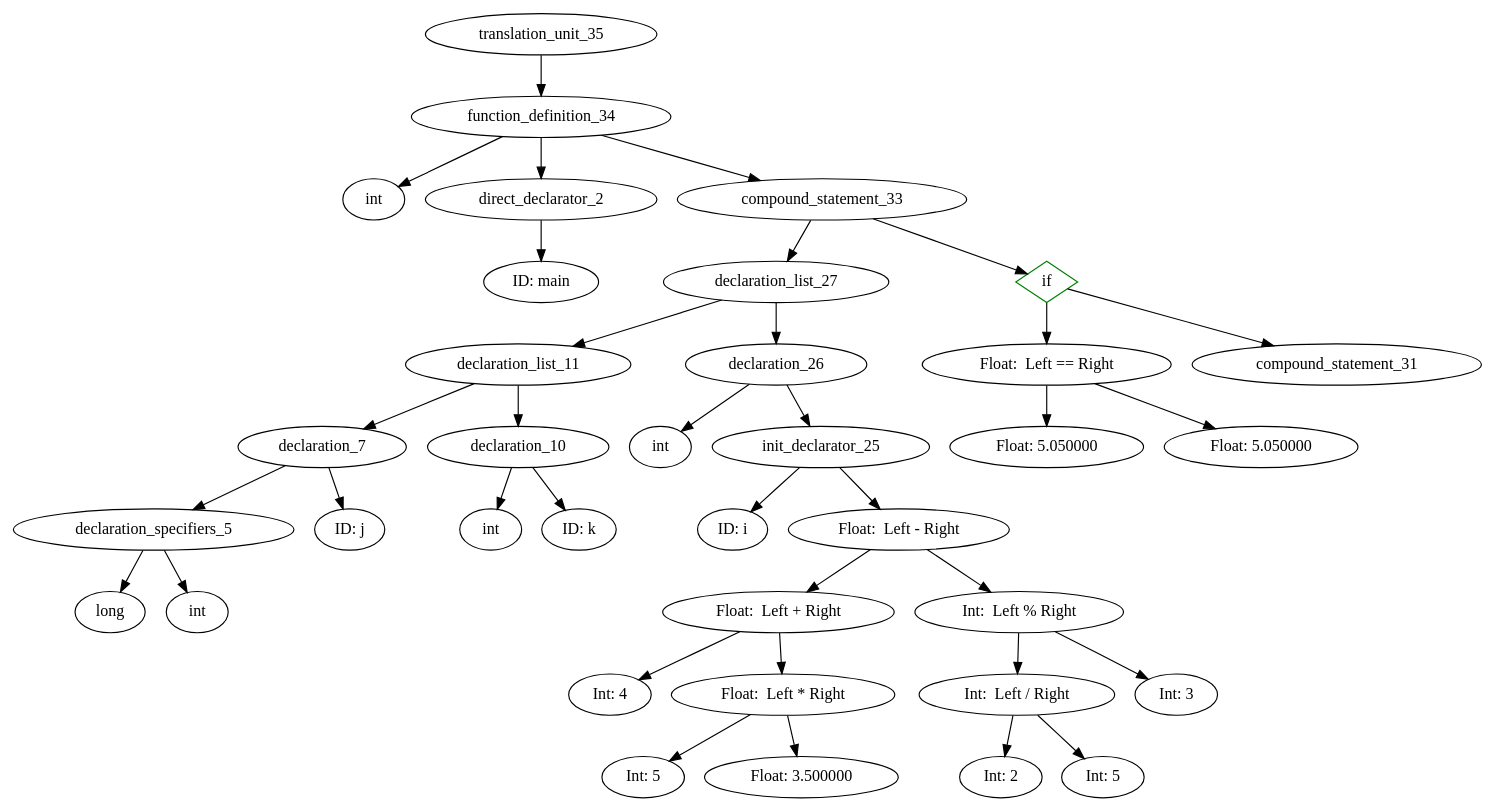
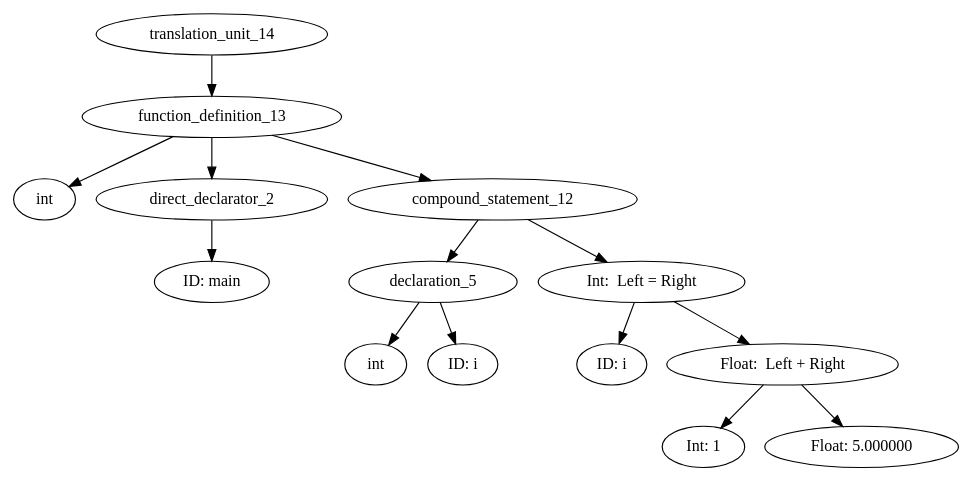
One commit to ahpalmerUNR/c_compiler changed the diagram in graphs/default.gv. Above: the diagram before and after it, drawn with Graphviz. The commit also changed 5 other files, not shown here.

```diff
--- a/graphs/default.gv
+++ b/graphs/default.gv
@@ -1,61 +1,24 @@
 digraph AST {
-	translation_unit_35 -> function_definition_34;
-	function_definition_34 -> type_specifier_0;
+	translation_unit_14 -> function_definition_13;
+	function_definition_13 -> type_specifier_0;
 	type_specifier_0 [label="int"]
-	function_definition_34 -> direct_declarator_2;
+	function_definition_13 -> direct_declarator_2;
 	direct_declarator_2 -> identifier_1;
 	identifier_1 [label="ID: main"]
-	function_definition_34 -> compound_statement_33;
-	compound_statement_33 -> declaration_list_27;
-	declaration_list_27 -> declaration_list_11;
-	declaration_list_11 -> declaration_7;
-	declaration_7 -> declaration_specifiers_5;
-	declaration_specifiers_5 -> type_specifier_3;
-	type_specifier_3 [label="long"]
-	declaration_specifiers_5 -> type_specifier_4;
-	type_specifier_4 [label="int"]
-	declaration_7 -> identifier_6;
-	identifier_6 [label="ID: j"]
-	declaration_list_11 -> declaration_10;
-	declaration_10 -> type_specifier_8;
-	type_specifier_8 [label="int"]
-	declaration_10 -> identifier_9;
-	identifier_9 [label="ID: k"]
-	declaration_list_27 -> declaration_26;
-	declaration_26 -> type_specifier_12;
-	type_specifier_12 [label="int"]
-	declaration_26 -> init_declarator_25;
-	init_declarator_25 -> identifier_13;
-	identifier_13 [label="ID: i"]
-	init_declarator_25 -> unary_expression_24;
-	unary_expression_24 [label="Float:  Left - Right"]
-	unary_expression_24 -> unary_expression_18;
-	unary_expression_18 [label="Float:  Left + Right"]
-	unary_expression_18 -> constant_14;
-	constant_14 [label="Int: 4"]
-	unary_expression_18 -> unary_expression_17;
-	unary_expression_17 [label="Float:  Left * Right"]
-	unary_expression_17 -> constant_15;
-	constant_15 [label="Int: 5"]
-	unary_expression_17 -> constant_16;
-	constant_16 [label="Float: 3.500000"]
-	unary_expression_24 -> unary_expression_23;
-	unary_expression_23 [label="Int:  Left % Right"]
-	unary_expression_23 -> unary_expression_21;
-	unary_expression_21 [label="Int:  Left / Right"]
-	unary_expression_21 -> constant_19;
-	constant_19 [label="Int: 2"]
-	unary_expression_21 -> constant_20;
-	constant_20 [label="Int: 5"]
-	unary_expression_23 -> constant_22;
-	constant_22 [label="Int: 3"]
-	compound_statement_33 -> selection_statement_32;
-	selection_statement_32 [shape=diamond,color=green,label="if"]
-	selection_statement_32 -> equality_expression_30;
-	equality_expression_30 [label="Float:  Left == Right"]
-	equality_expression_30 -> constant_28;
-	constant_28 [label="Float: 5.050000"]
-	equality_expression_30 -> constant_29;
-	constant_29 [label="Float: 5.050000"]
-	selection_statement_32 -> compound_statement_31;
+	function_definition_13 -> compound_statement_12;
+	compound_statement_12 -> declaration_5;
+	declaration_5 -> type_specifier_3;
+	type_specifier_3 [label="int"]
+	declaration_5 -> identifier_4;
+	identifier_4 [label="ID: i"]
+	compound_statement_12 -> assignment_expression_11;
+	assignment_expression_11 [label="Int:  Left = Right"]
+	assignment_expression_11 -> identifier_6;
+	identifier_6 [label="ID: i"]
+	assignment_expression_11 -> unary_expression_9;
+	unary_expression_9 [label="Float:  Left + Right"]
+	unary_expression_9 -> constant_7;
+	constant_7 [label="Int: 1"]
+	unary_expression_9 -> constant_8;
+	constant_8 [label="Float: 5.000000"]
 }
```
